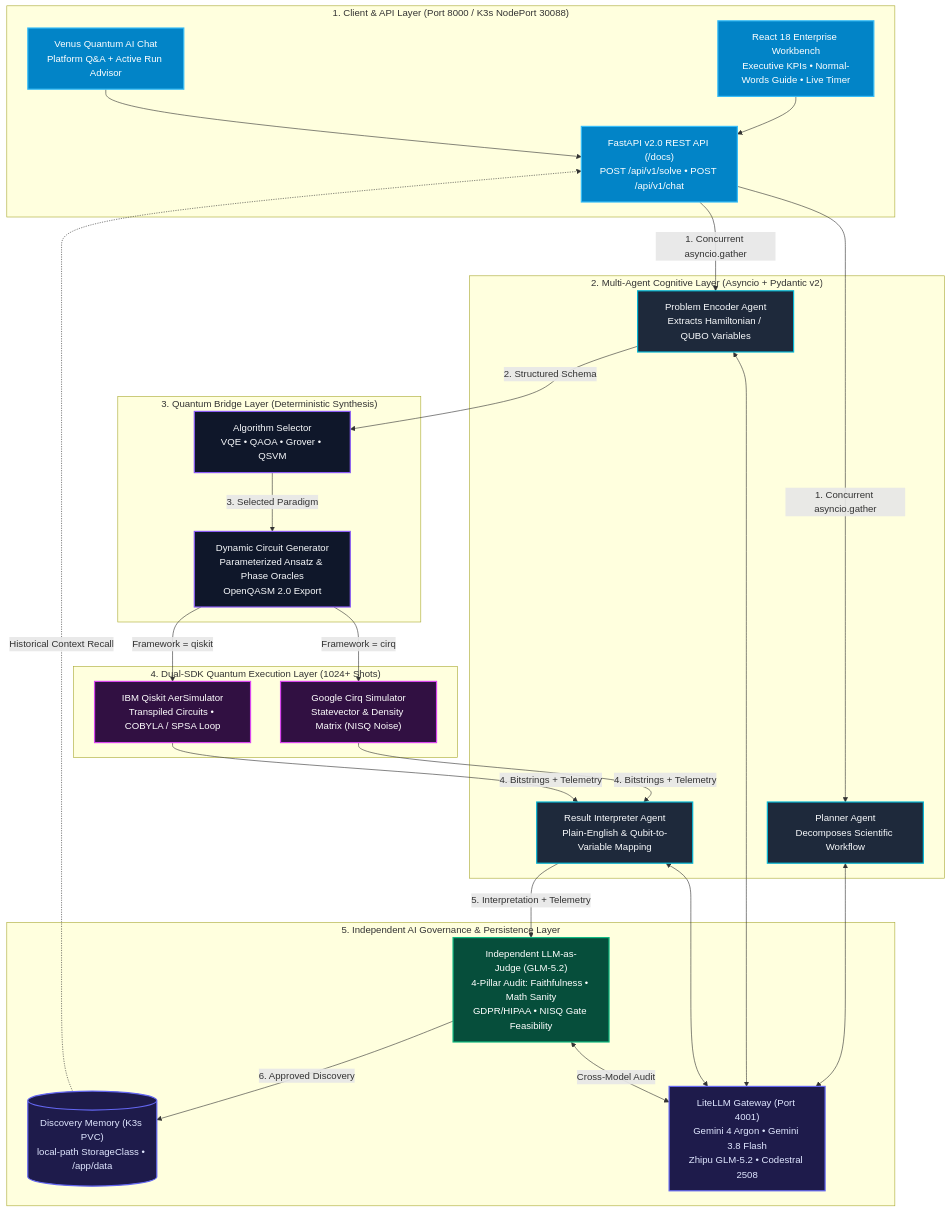
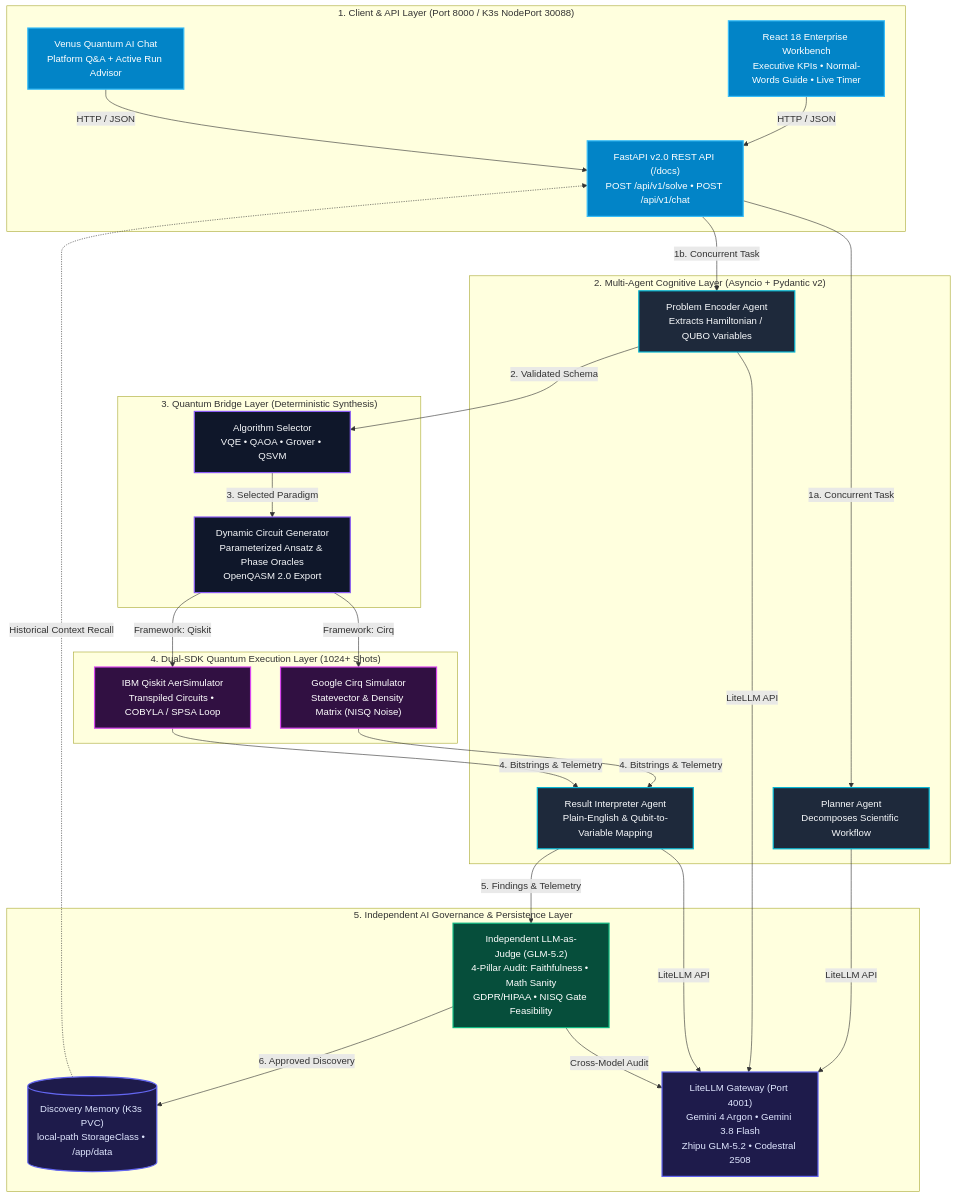
The first of 3 diagrams in README.md (AI-Governance-Lab/governed-quantum-agents), drawn with Mermaid before and after one commit. The commit also changed other lines of this file, not shown here.

Commit message:
fix(readme): quote Mermaid edge labels and replace <--> arrows for GitHub rendering

````diff
--- a/README.md
+++ b/README.md
@@ -117,55 +117,55 @@
 ```mermaid
 flowchart TB
     classDef ui fill:#0284c7,stroke:#38bdf8,stroke-width:2px,color:#ffffff
     classDef agent fill:#1e293b,stroke:#06b6d4,stroke-width:2px,color:#f8fafc
     classDef bridge fill:#0f172a,stroke:#8b5cf6,stroke-width:2px,color:#f8fafc
     classDef quantum fill:#311042,stroke:#d946ef,stroke-width:2px,color:#ffffff
     classDef judge fill:#064e3b,stroke:#10b981,stroke-width:2px,color:#ffffff
     classDef infra fill:#1e1b4b,stroke:#6366f1,stroke-width:2px,color:#e0e7ff
 
     subgraph ClientLayer["1. Client & API Layer (Port 8000 / K3s NodePort 30088)"]
         UI["React 18 Enterprise Workbench<br/>Executive KPIs • Normal-Words Guide • Live Timer"]:::ui
         ChatUI["Venus Quantum AI Chat<br/>Platform Q&A + Active Run Advisor"]:::ui
         REST["FastAPI v2.0 REST API (/docs)<br/>POST /api/v1/solve • POST /api/v1/chat"]:::ui
     end
 
     subgraph AgentLayer["2. Multi-Agent Cognitive Layer (Asyncio + Pydantic v2)"]
         Planner["Planner Agent<br/>Decomposes Scientific Workflow"]:::agent
         Encoder["Problem Encoder Agent<br/>Extracts Hamiltonian / QUBO Variables"]:::agent
         Interp["Result Interpreter Agent<br/>Plain-English & Qubit-to-Variable Mapping"]:::agent
     end
 
     subgraph BridgeLayer["3. Quantum Bridge Layer (Deterministic Synthesis)"]
         Selector["Algorithm Selector<br/>VQE • QAOA • Grover • QSVM"]:::bridge
         CircGen["Dynamic Circuit Generator<br/>Parameterized Ansatz & Phase Oracles<br/>OpenQASM 2.0 Export"]:::bridge
     end
 
     subgraph QuantumLayer["4. Dual-SDK Quantum Execution Layer (1024+ Shots)"]
         CirqSim["Google Cirq Simulator<br/>Statevector & Density Matrix (NISQ Noise)"]:::quantum
         QiskitSim["IBM Qiskit AerSimulator<br/>Transpiled Circuits • COBYLA / SPSA Loop"]:::quantum
     end
 
     subgraph GovLayer["5. Independent AI Governance & Persistence Layer"]
         Judge["Independent LLM-as-Judge (GLM-5.2)<br/>4-Pillar Audit: Faithfulness • Math Sanity<br/>GDPR/HIPAA • NISQ Gate Feasibility"]:::judge
         Memory[("Discovery Memory (K3s PVC)<br/>local-path StorageClass • /app/data")]:::infra
         Gateway["LiteLLM Gateway (Port 4001)<br/>Gemini 4 Argon • Gemini 3.8 Flash<br/>Zhipu GLM-5.2 • Codestral 2508"]:::infra
     end
 
-    UI --> REST
-    ChatUI --> REST
-    REST -->|1. Concurrent asyncio.gather| Planner
-    REST -->|1. Concurrent asyncio.gather| Encoder
-    Planner <--> Gateway
-    Encoder <--> Gateway
-    Encoder -->|2. Structured Schema| Selector
-    Selector -->|3. Selected Paradigm| CircGen
-    CircGen -->|Framework = cirq| CirqSim
-    CircGen -->|Framework = qiskit| QiskitSim
-    CirqSim -->|4. Bitstrings + Telemetry| Interp
-    QiskitSim -->|4. Bitstrings + Telemetry| Interp
-    Interp <--> Gateway
-    Interp -->|5. Interpretation + Telemetry| Judge
-    Judge <-->|Cross-Model Audit| Gateway
-    Judge -->|6. Approved Discovery| Memory
-    Memory -.->|Historical Context Recall| REST
+    UI -->|"HTTP / JSON"| REST
+    ChatUI -->|"HTTP / JSON"| REST
+    REST -->|"1a. Concurrent Task"| Planner
+    REST -->|"1b. Concurrent Task"| Encoder
+    Planner -->|"LiteLLM API"| Gateway
+    Encoder -->|"LiteLLM API"| Gateway
+    Encoder -->|"2. Validated Schema"| Selector
+    Selector -->|"3. Selected Paradigm"| CircGen
+    CircGen -->|"Framework: Cirq"| CirqSim
+    CircGen -->|"Framework: Qiskit"| QiskitSim
+    CirqSim -->|"4. Bitstrings & Telemetry"| Interp
+    QiskitSim -->|"4. Bitstrings & Telemetry"| Interp
+    Interp -->|"LiteLLM API"| Gateway
+    Interp -->|"5. Findings & Telemetry"| Judge
+    Judge -->|"Cross-Model Audit"| Gateway
+    Judge -->|"6. Approved Discovery"| Memory
+    Memory -.->|"Historical Context Recall"| REST
 ```
````
